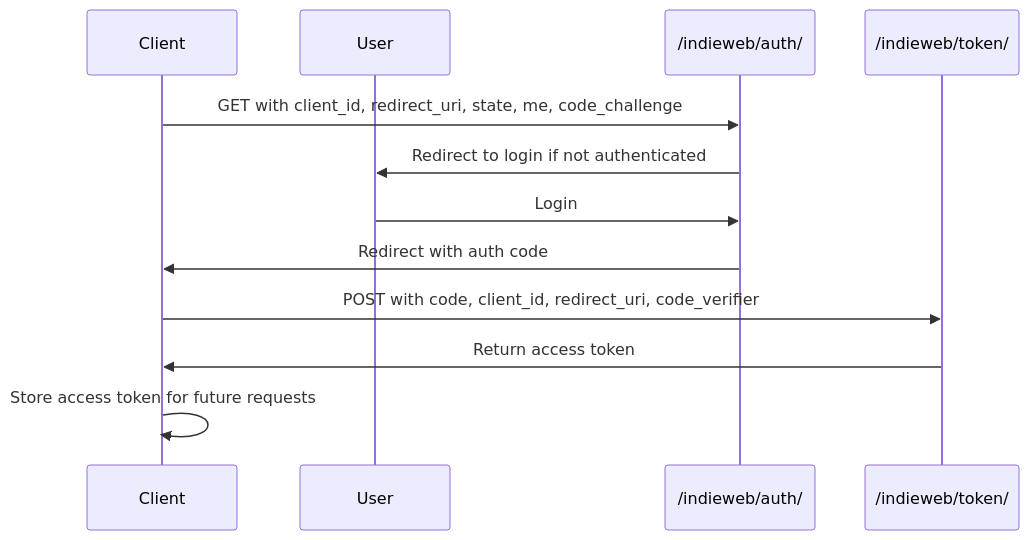
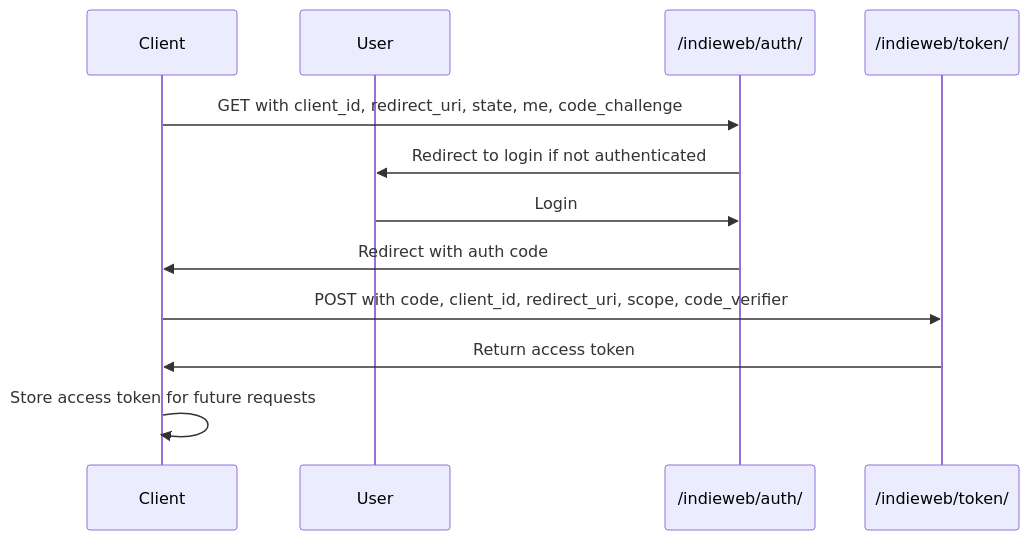
The diagram in docs/api.rst (ephes/django-indieweb), drawn with Mermaid before and after one commit. The commit also changed other lines of this file and 8 other files, not shown here.

```diff
--- a/docs/api.rst
+++ b/docs/api.rst
@@ -22,15 +22,15 @@
 .. mermaid::
 
    sequenceDiagram
        participant Client
        participant User
        participant AuthEndpoint as /indieweb/auth/
        participant TokenEndpoint as /indieweb/token/
 
        Client->>AuthEndpoint: GET with client_id, redirect_uri, state, me, code_challenge
        AuthEndpoint->>User: Redirect to login if not authenticated
        User->>AuthEndpoint: Login
        AuthEndpoint->>Client: Redirect with auth code
-       Client->>TokenEndpoint: POST with code, client_id, redirect_uri, code_verifier
+       Client->>TokenEndpoint: POST with code, client_id, redirect_uri, scope, code_verifier
        TokenEndpoint->>Client: Return access token
        Client->>Client: Store access token for future requests
```
